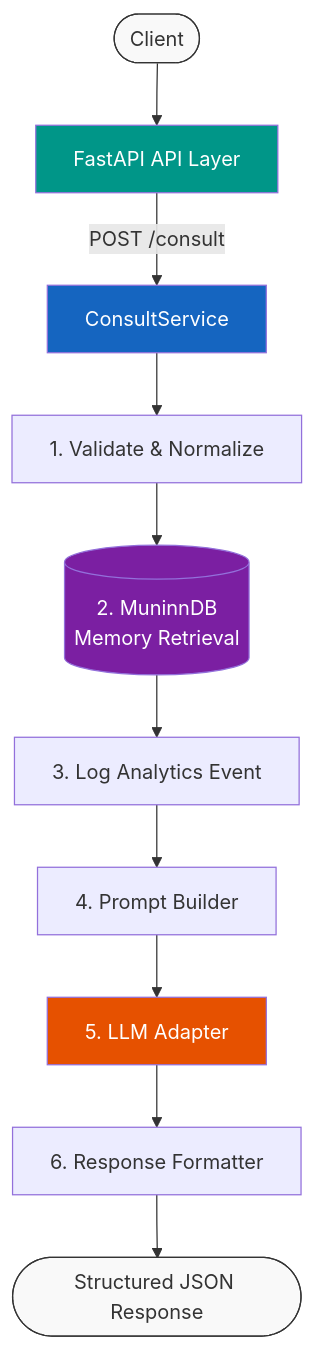
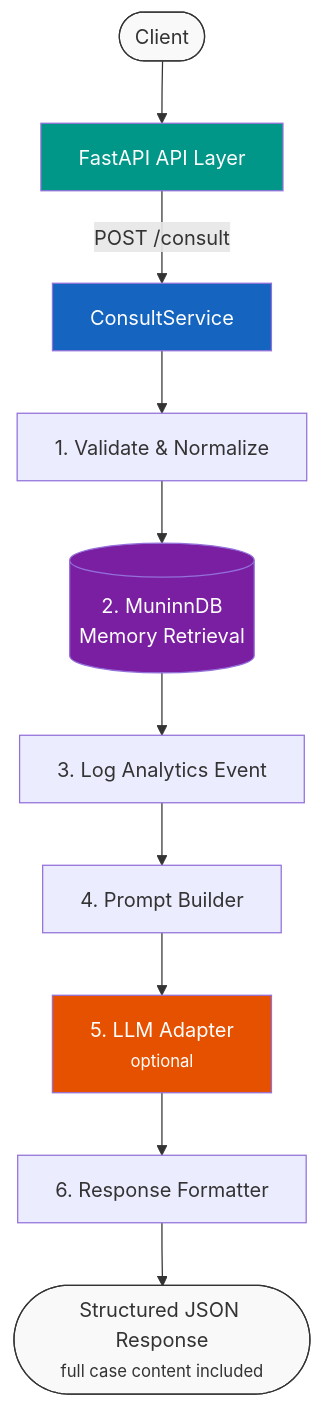
The first of 3 diagrams in README.md (KhaledAwashreh/Dalil), drawn with Mermaid before and after one commit. The commit also changed other lines of this file, not shown here.

````diff
--- a/README.md
+++ b/README.md
@@ -42,22 +42,22 @@
 ```mermaid
 flowchart TD
     Client([Client]) --> API[FastAPI API Layer]
 
     API --> |POST /consult| CS[ConsultService]
 
     CS --> V[1. Validate & Normalize]
     V --> MDB[(2. MuninnDB<br>Memory Retrieval)]
 
     MDB --> AN[3. Log Analytics Event]
     AN --> PB[4. Prompt Builder]
-    PB --> LLM[5. LLM Adapter]
+    PB --> LLM[5. LLM Adapter<br><small>optional</small>]
     LLM --> RF[6. Response Formatter]
-    RF --> RES([Structured JSON Response])
+    RF --> RES([Structured JSON Response<br><small>full case content included</small>])
 
     style Client fill:#f9f9f9,stroke:#333
     style API fill:#009688,color:#fff
     style CS fill:#1565c0,color:#fff
     style MDB fill:#7b1fa2,color:#fff
     style LLM fill:#e65100,color:#fff
     style RES fill:#f9f9f9,stroke:#333
 ```
````
